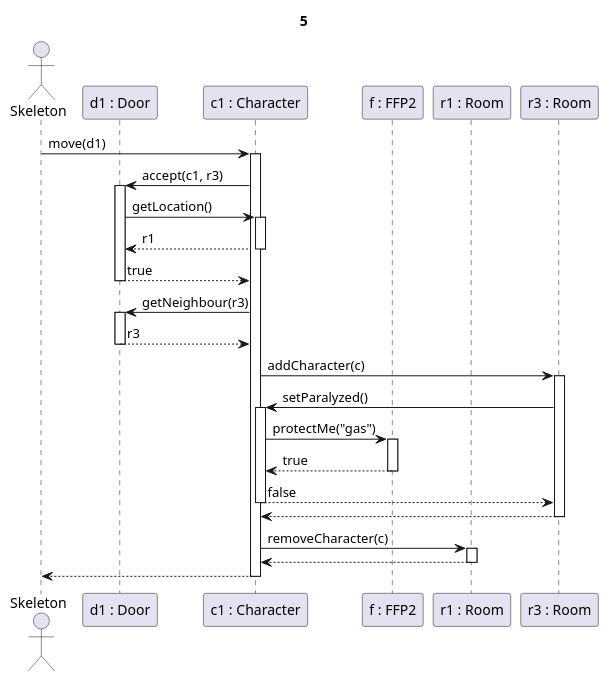
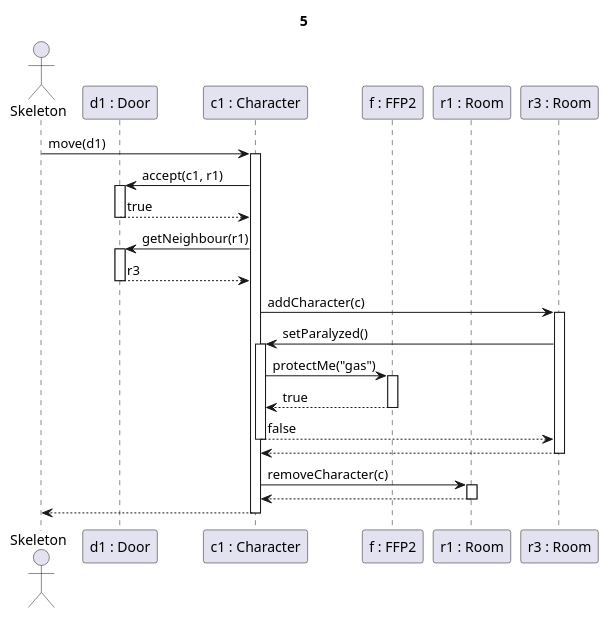
One commit to kipolaris/skyrimscriptsuttogok changed the diagram in partII_sequence diagrams/5.puml. Above: the diagram before and after it, drawn with PlantUML. The commit also changed 18 other files, not shown here.

Commit message:
small correction in diagram 5

```diff
--- a/partII_sequence diagrams/5.puml
+++ b/partII_sequence diagrams/5.puml
@@ -1,40 +1,38 @@
 @startuml Gázos szoba
 
 Title 5
 
 actor Skeleton as sk
 participant "d1 : Door" as d
 participant "c1 : Character" as c
 participant "f : FFP2" as f
 participant "r1 : Room" as r1
 participant "r3 : Room" as r3
 
 sk -> c ++: move(d1)
-'ennek a paraméterezése nem biztos, hogy jó'
-c->d ++: accept(c1, r3)
-d->c ++: getLocation()
-c-->d --: r1
+
+c->d ++: accept(c1, r1)
 d-->c --: true
 
-c -> d ++: getNeighbour(r3)
+c -> d ++: getNeighbour(r1)
 
 d-->c --: r3
 
 c->r3 ++: addCharacter(c)
 
 r3->c ++: setParalyzed()
 
 c->f ++: protectMe("gas")
 
 f-->c --: true
 
 c-->r3 --: false
 
 r3 -->c --:
 
 c->r1 ++: removeCharacter(c)
 return
 
 c-->sk --:
 
 @enduml
```
